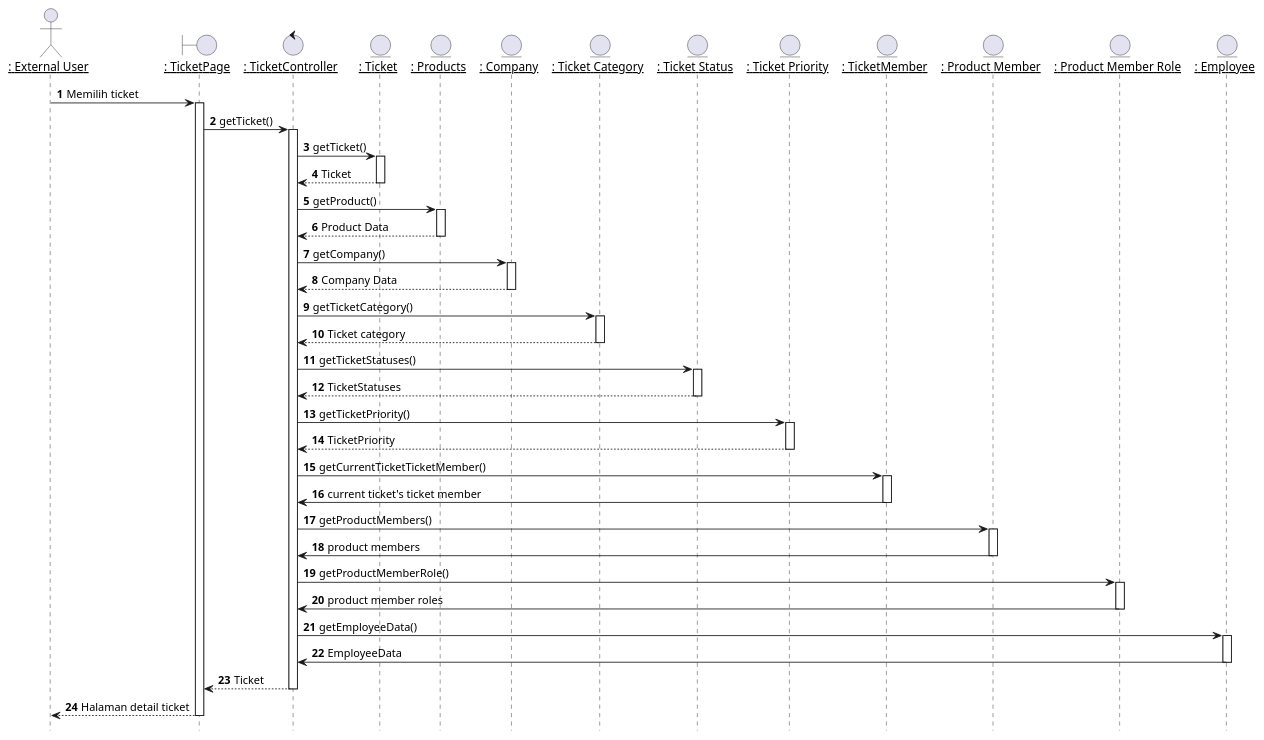
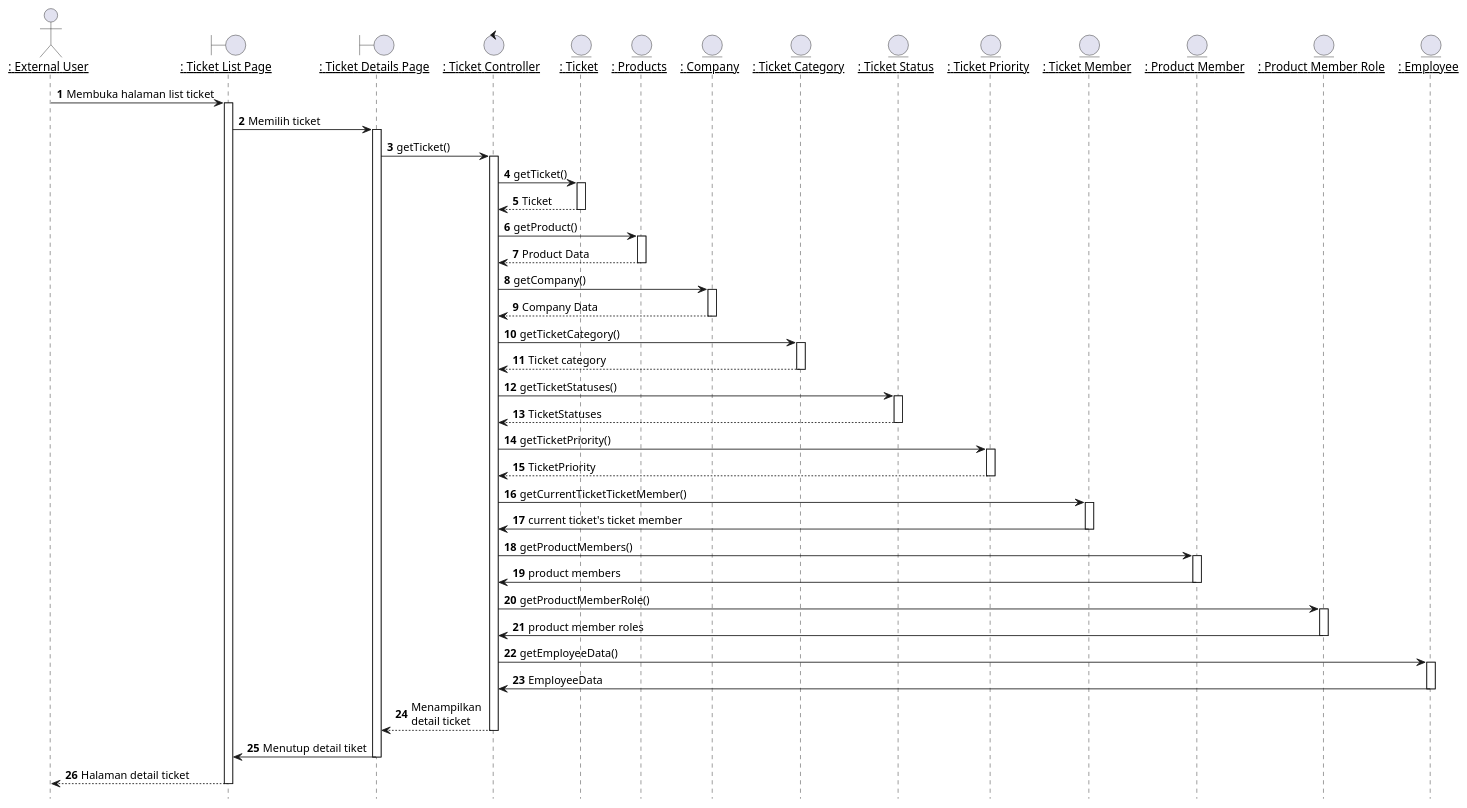
The diagram in plantuml/sequence/ex/ex4.puml (TAS-PKL/Laporan-PKL-Ticketing), drawn with PlantUML before and after one commit. The commit also changed 47 other files, not shown here.

```diff
--- a/plantuml/sequence/ex/ex4.puml
+++ b/plantuml/sequence/ex/ex4.puml
@@ -1,95 +1,101 @@
 @startuml Melihat Detail Ticket
 
 hide footbox
 ' title "Melihat Detail Ticket"
 
-actor EU as "__: External User__"
-boundary TicketPage as "__: TicketPage__"
-control TicketController as "__: TicketController__"
+actor IPM as "__: External User__"
+boundary TicketListPage as "__: Ticket List Page__"
+boundary TicketDetailsPage as "__: Ticket Details Page__"
+control TicketController as "__: Ticket Controller__"
 entity Ticket as "__: Ticket__"
 entity Product as "__: Products__"
 entity Company as "__: Company__"
 entity TicketCategory as "__: Ticket Category__"
 entity TicketStatuses as "__: Ticket Status__"
 entity TicketPriority as "__: Ticket Priority__"
-entity TicketMember as "__: TicketMember__"
+entity TicketMember as "__: Ticket Member__"
 entity ProductMembers as "__: Product Member__"
 entity ProductMemberRoles as "__: Product Member Role__"
 entity Employees as "__: Employee__"
 
 autonumber 1
-EU -> TicketPage: Memilih ticket
-activate TicketPage
+IPM -> TicketListPage: Membuka halaman list ticket
+activate TicketListPage
 
+TicketListPage -> TicketDetailsPage: Memilih ticket
+activate TicketDetailsPage
 
-TicketPage -> TicketController: getTicket()
+TicketDetailsPage -> TicketController: getTicket()
 activate TicketController
 
 TicketController -> Ticket: getTicket()
 activate Ticket
 
 Ticket --> TicketController : Ticket
 deactivate Ticket
 
 TicketController -> Product: getProduct()
 activate Product
 
 Product --> TicketController : Product Data
 deactivate Product
 
 TicketController -> Company: getCompany()
 activate Company
 
 Company --> TicketController : Company Data
 deactivate Company
 
 TicketController -> TicketCategory: getTicketCategory()
 activate TicketCategory
 
 TicketCategory --> TicketController : Ticket category
 deactivate TicketCategory
 
 TicketController -> TicketStatuses: getTicketStatuses()
 activate TicketStatuses
 
 TicketStatuses --> TicketController : TicketStatuses
 deactivate TicketStatuses
 
 TicketController -> TicketPriority: getTicketPriority()
 activate TicketPriority
 
 TicketPriority --> TicketController : TicketPriority
 deactivate TicketPriority
 
 TicketController -> TicketMember: getCurrentTicketTicketMember()
 activate TicketMember
 
 TicketMember -> TicketController: current ticket's ticket member
 deactivate TicketMember
 
 TicketController -> ProductMembers: getProductMembers()
 activate ProductMembers
 
 ProductMembers -> TicketController: product members
 deactivate ProductMembers
 
 TicketController -> ProductMemberRoles: getProductMemberRole()
 activate ProductMemberRoles
 
 ProductMemberRoles -> TicketController: product member roles
 deactivate ProductMemberRoles
 
 TicketController -> Employees: getEmployeeData()
 activate Employees
 
 Employees -> TicketController: EmployeeData
 deactivate Employees
 
-TicketController --> TicketPage : Ticket
+TicketController --> TicketDetailsPage : Menampilkan\ndetail ticket
 deactivate TicketController
 
-TicketPage --> EU : Halaman detail ticket
-deactivate TicketPage
+TicketDetailsPage -> TicketListPage : Menutup detail tiket
+deactivate TicketDetailsPage
+
+TicketListPage --> IPM : Halaman detail ticket
+deactivate TicketListPage
 
 
 @enduml
```
